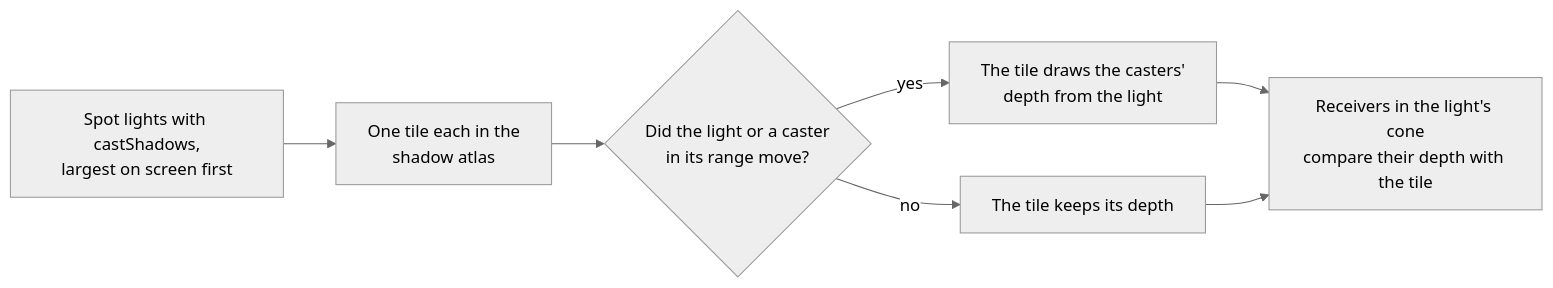
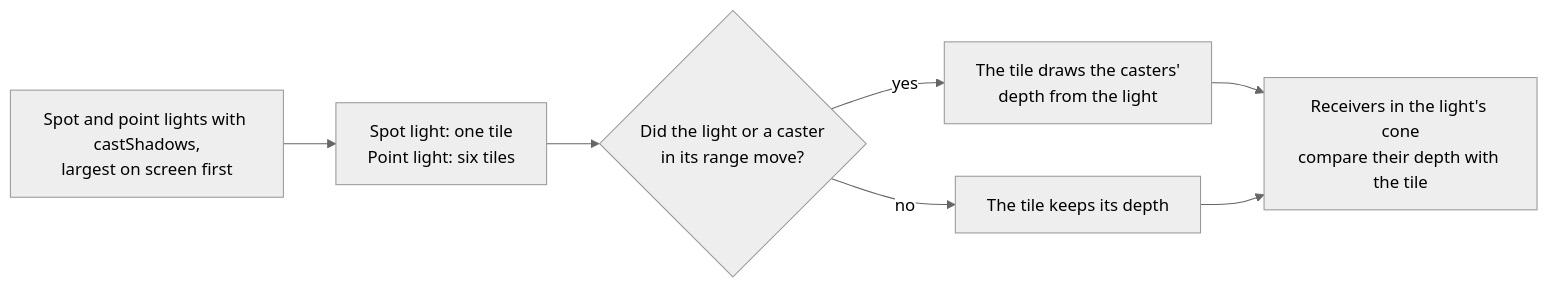
One commit to null3d-engine/null3d changed the second of 2 diagrams in docs/concepts/shadows.md. Above: the diagram before and after it, drawn with Mermaid (neutral theme). The commit also changed other lines of this file and 34 other files, not shown here.

First line of the commit message:
feat(engine): cast point light shadows into six tiles of the shadow atlas

````diff
--- a/docs/concepts/shadows.md
+++ b/docs/concepts/shadows.md
@@ -62,9 +62,9 @@
 ```mermaid
 flowchart LR
-    lights["Spot lights with castShadows,<br/>largest on screen first"] --> tiles["One tile each in the<br/>shadow atlas"]
+    lights["Spot and point lights with castShadows,<br/>largest on screen first"] --> tiles["Spot light: one tile<br/>Point light: six tiles"]
     tiles --> check{"Did the light or a caster<br/>in its range move?"}
     check -- "yes" --> draw["The tile draws the casters'<br/>depth from the light"]
     check -- "no" --> keep["The tile keeps its depth"]
     draw --> receivers["Receivers in the light's cone<br/>compare their depth with the tile"]
     keep --> receivers
 ```
````
